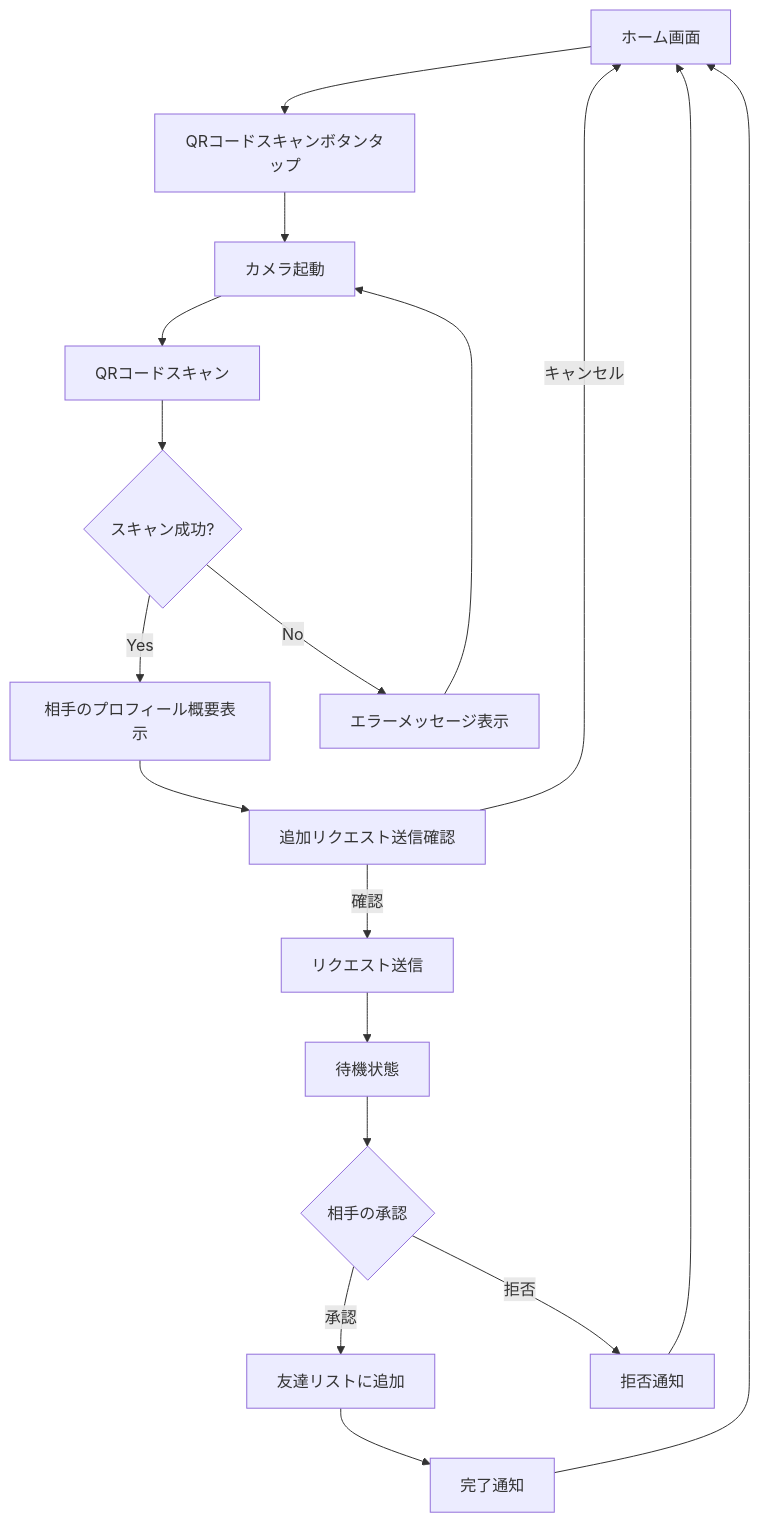
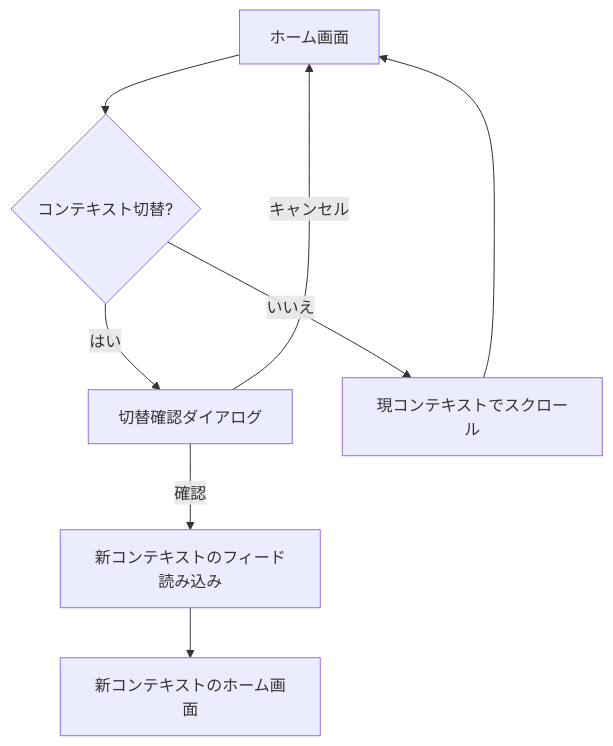
The seventh of 11 diagrams in uiux_book.md (hamatz/tech_doc), drawn with Mermaid before and after one commit. The commit also changed other lines of this file, not shown here.

````diff
--- a/uiux_book.md
+++ b/uiux_book.md
@@ -1244,20 +1034,10 @@
 ```mermaid
 graph TD
-    A[ホーム画面] --> B[QRコードスキャンボタンタップ]
-    B --> C[カメラ起動]
-    C --> D[QRコードスキャン]
-    D --> E{スキャン成功?}
-    E -->|Yes| F[相手のプロフィール概要表示]
-    E -->|No| G[エラーメッセージ表示]
-    G --> C
-    F --> H[追加リクエスト送信確認]
-    H -->|確認| I[リクエスト送信]
-    H -->|キャンセル| A
-    I --> J[待機状態]
-    J --> K{相手の承認}
-    K -->|承認| L[友達リストに追加]
-    K -->|拒否| M[拒否通知]
-    L --> N[完了通知]
-    M --> A
-    N --> A
+    A[ホーム画面] --> B{コンテキスト切替?}
+    B -->|はい| C[切替確認ダイアログ]
+    C -->|確認| D[新コンテキストのフィード読み込み]
+    C -->|キャンセル| A
+    B -->|いいえ| E[現コンテキストでスクロール]
+    D --> F[新コンテキストのホーム画面]
+    E --> A
 ```
````
